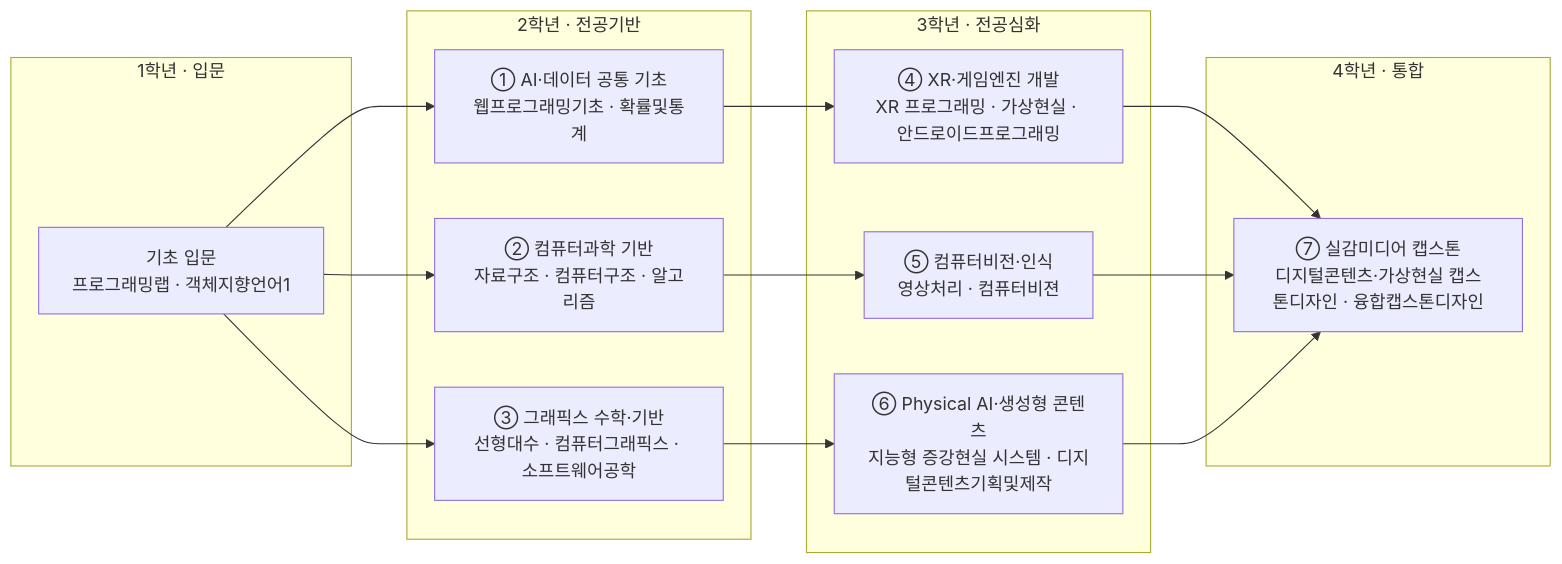
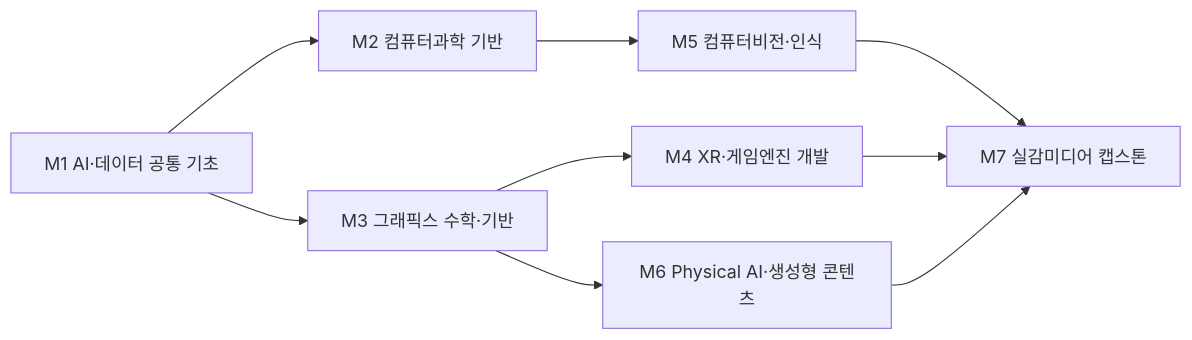
One commit to parclab-hsu/ai-curriculum-2026 changed the diagram in docs/it/immersive-media.md. Above: the diagram before and after it, drawn with Mermaid. The commit also changed other lines of this file and 22 other files, not shown here.

````diff
--- a/docs/it/immersive-media.md
+++ b/docs/it/immersive-media.md
@@ -130,28 +142,11 @@
 ```mermaid
 flowchart LR
-  subgraph Y1["1학년 · 입문"]
-    A0["기초 입문<br/>프로그래밍랩 · 객체지향언어1"]
-  end
-  subgraph Y2["2학년 · 전공기반"]
-    M1["① AI·데이터 공통 기초<br/>웹프로그래밍기초 · 확률및통계"]
-    M2["② 컴퓨터과학 기반<br/>자료구조 · 컴퓨터구조 · 알고리즘"]
-    M3["③ 그래픽스 수학·기반<br/>선형대수 · 컴퓨터그래픽스 · 소프트웨어공학"]
-  end
-  subgraph Y3["3학년 · 전공심화"]
-    M4["④ XR·게임엔진 개발<br/>XR 프로그래밍 · 가상현실 · 안드로이드프로그래밍"]
-    M5["⑤ 컴퓨터비전·인식<br/>영상처리 · 컴퓨터비젼"]
-    M6["⑥ Physical AI·생성형 콘텐츠<br/>지능형 증강현실 시스템 · 디지털콘텐츠기획및제작"]
-  end
-  subgraph Y4["4학년 · 통합"]
-    CAP["⑦ 실감미디어 캡스톤<br/>디지털콘텐츠·가상현실 캡스톤디자인 · 융합캡스톤디자인"]
-  end
-  A0 --> M1
-  A0 --> M2
-  A0 --> M3
-  M1 --> M4
-  M2 --> M5
-  M3 --> M6
-  M4 --> CAP
+  M1["M1 AI·데이터 공통 기초"] --> M2["M2 컴퓨터과학 기반"]
+  M1 --> M3["M3 그래픽스 수학·기반"]
+  M2 --> M5["M5 컴퓨터비전·인식"]
+  M3 --> M4["M4 XR·게임엔진 개발"]
+  M3 --> M6["M6 Physical AI·생성형 콘텐츠"]
+  M4 --> CAP["M7 실감미디어 캡스톤"]
   M5 --> CAP
   M6 --> CAP
 ```
````
